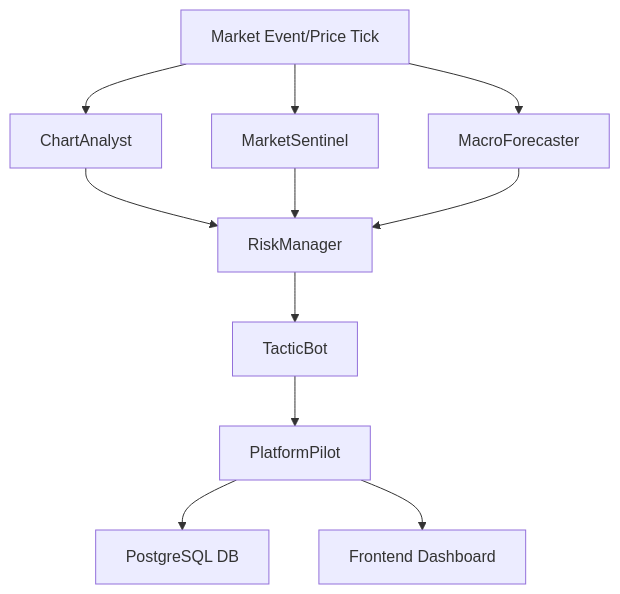
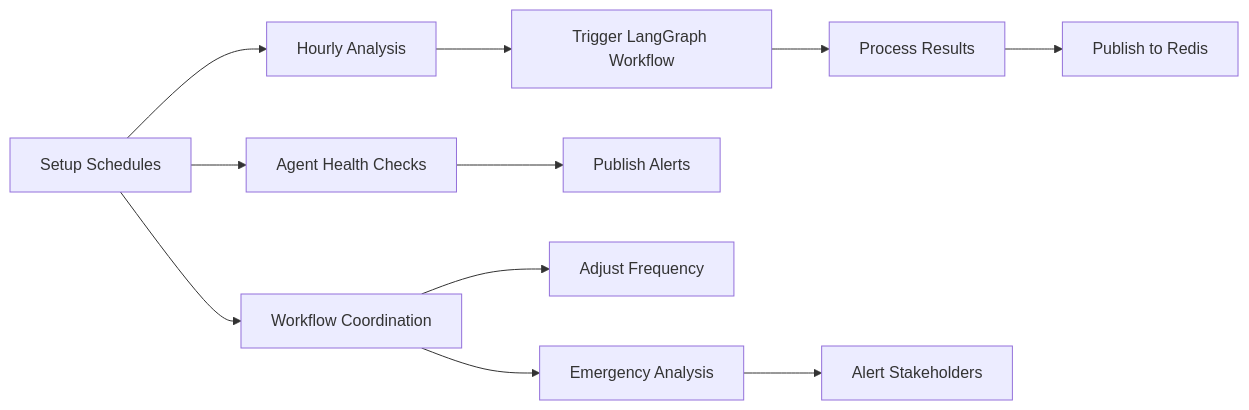
The third of 4 diagrams in README.md (martin861101/LangGraph-Agentic-AI), drawn with Mermaid before and after one commit. The commit also changed other lines of this file, not shown here.

````diff
--- a/README.md
+++ b/README.md
@@ -22,13 +88,13 @@
 ```mermaid
-graph TD
-    A[Market Event/Price Tick] --> B[ChartAnalyst]
-    A --> C[MarketSentinel]
-    A --> D[MacroForecaster]
-    B --> E[RiskManager]
-    C --> E
-    D --> E
-    E --> F[TacticBot]
-    F --> G[PlatformPilot]
-    G --> H[PostgreSQL DB]
-    G --> I[Frontend Dashboard]
+flowchart LR
+    A[Setup Schedules] --> B[Hourly Analysis]
+    B --> C[Trigger LangGraph Workflow]
+    C --> D[Process Results]
+    D --> E[Publish to Redis]
+    F[Agent Health Checks] --> G[Publish Alerts]
+    H[Workflow Coordination] --> I[Adjust Frequency]
+    J[Emergency Analysis] --> K[Alert Stakeholders]
+    A --> F
+    A --> H
+    H --> J
 ```
````
